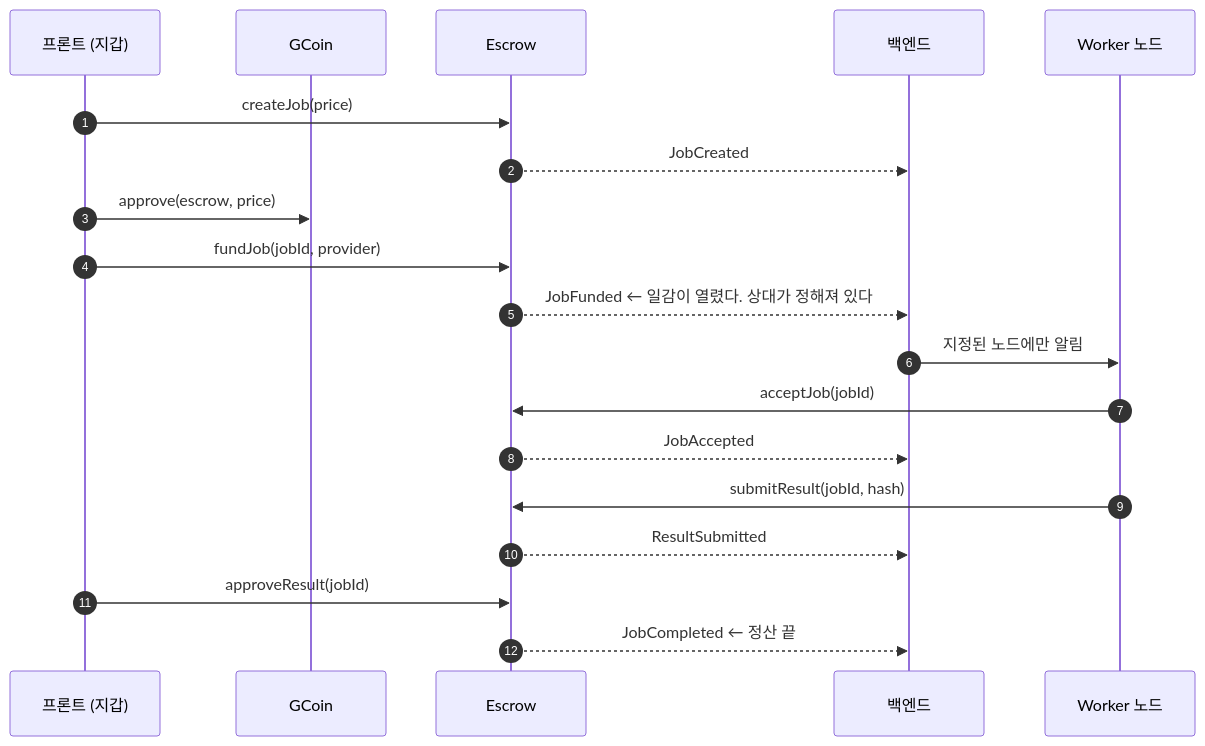
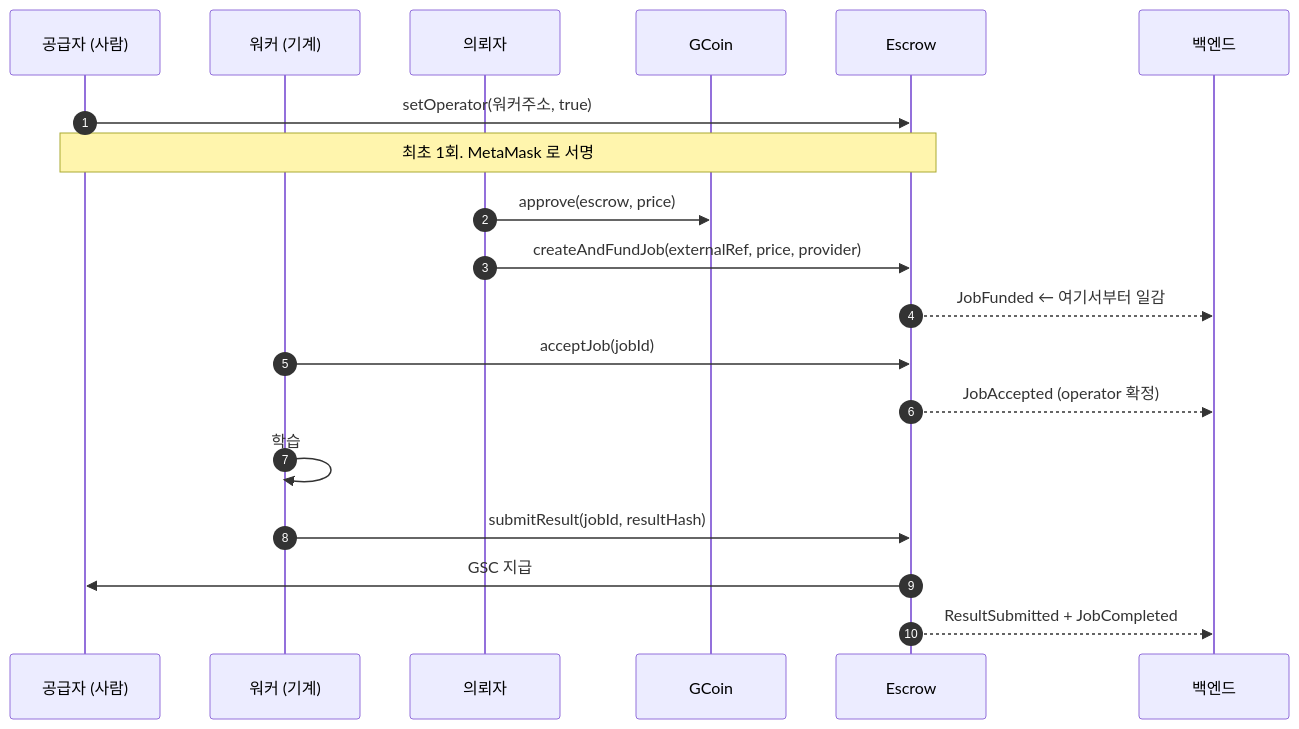
The first of 3 diagrams in blockchain/docs/03-에스크로-연동-규격.md (tnscjf3146/g-shared), drawn with Mermaid before and after one commit. The commit also changed other lines of this file and 4 other files, not shown here.

````diff
--- a/blockchain/docs/03-에스크로-연동-규격.md
+++ b/blockchain/docs/03-에스크로-연동-규격.md
@@ -15,22 +17,25 @@
 ```mermaid
 sequenceDiagram
     autonumber
-    participant F as 프론트 (지갑)
+    participant P as 공급자 (사람)
+    participant W as 워커 (기계)
+    participant C as 의뢰자
     participant T as GCoin
     participant E as Escrow
     participant B as 백엔드
-    participant W as Worker 노드
 
-    F->>E: createJob(price)
-    E-->>B: JobCreated
-    F->>T: approve(escrow, price)
-    F->>E: fundJob(jobId, provider)
-    E-->>B: JobFunded ← 일감이 열렸다. 상대가 정해져 있다
-    B->>W: 지정된 노드에만 알림
+    P->>E: setOperator(워커주소, true)
+    Note over P,E: 최초 1회. MetaMask 로 서명
+
+    C->>T: approve(escrow, price)
+    C->>E: createAndFundJob(externalRef, price, provider)
+    E-->>B: JobFunded ← 여기서부터 일감
+
     W->>E: acceptJob(jobId)
-    E-->>B: JobAccepted
-    W->>E: submitResult(jobId, hash)
-    E-->>B: ResultSubmitted
-    F->>E: approveResult(jobId)
-    E-->>B: JobCompleted ← 정산 끝
+    E-->>B: JobAccepted (operator 확정)
+
+    W->>W: 학습
+    W->>E: submitResult(jobId, resultHash)
+    E->>P: GSC 지급
+    E-->>B: ResultSubmitted + JobCompleted
 ```
````
